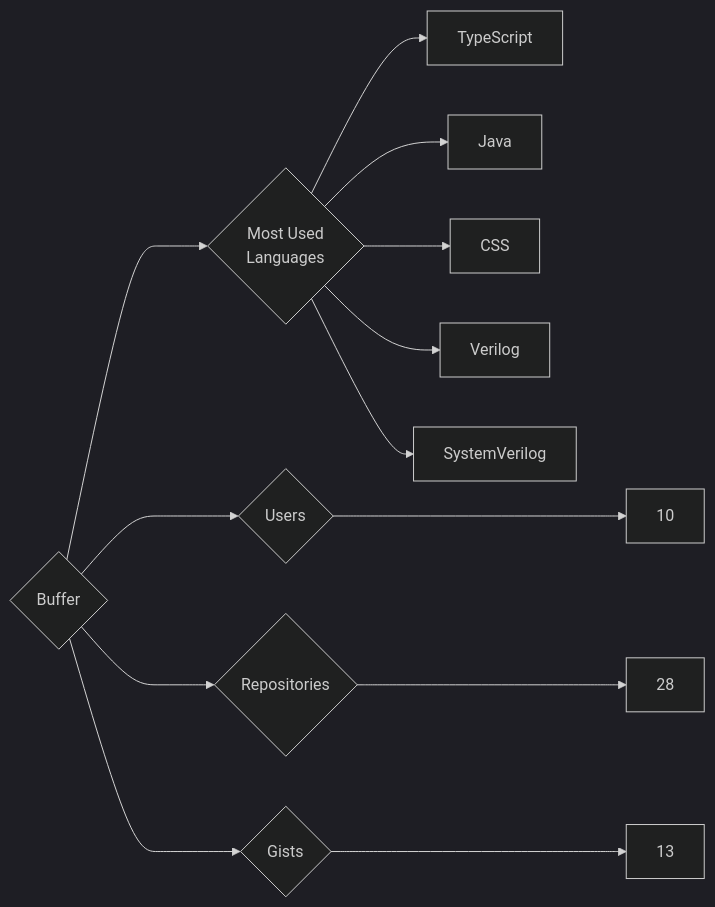
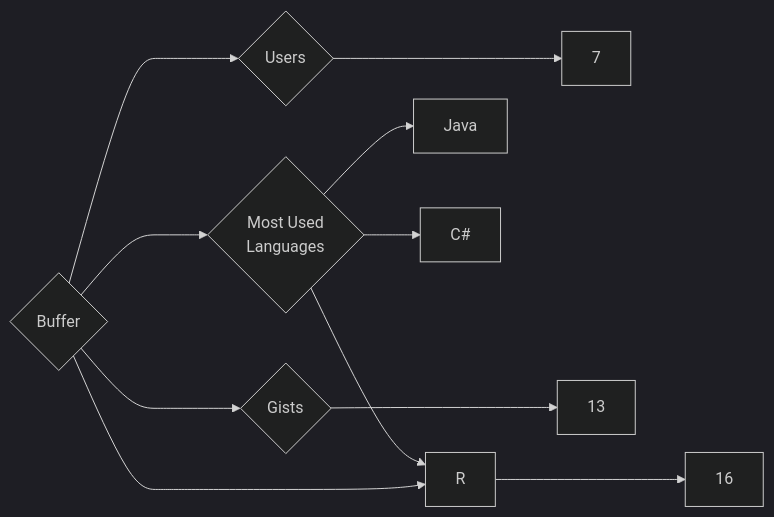
Before and after one commit to trickest/insiders: the diagram in targets/Buffer/README.md, drawn with Mermaid (dark theme). The commit also changed 1030 other files, not shown here.

````diff
--- a/targets/Buffer/README.md
+++ b/targets/Buffer/README.md
@@ -3,13 +3,11 @@
 ```mermaid
 graph LR
 COMPANY_NAME{Buffer}
-COMPANY_NAME ---> U{Users} ---> UN[10]
-COMPANY_NAME ---> R{Repositories} ---> RN[28]
+COMPANY_NAME ---> U{Users} ---> UN[7]
+COMPANY_NAME ---> R{Repositories} ---> RN[16]
 COMPANY_NAME ---> G{Gists} ---> GN[13]
 COMPANY_NAME ---> ML{Most Used<br>Languages}
-ML --> TypeScript[TypeScript]
 ML --> Java[Java]
-ML --> CSS[CSS]
-ML --> Verilog[Verilog]
-ML --> SystemVerilog[SystemVerilog]
+ML --> R[R]
+ML --> C#[C#]
 ```
````
